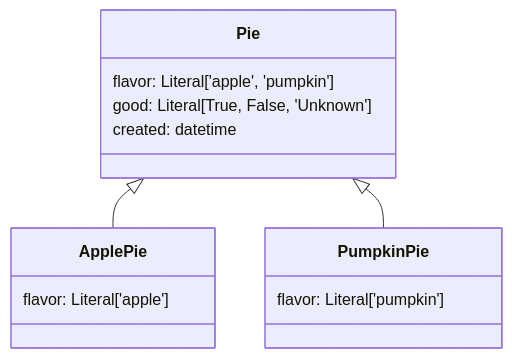
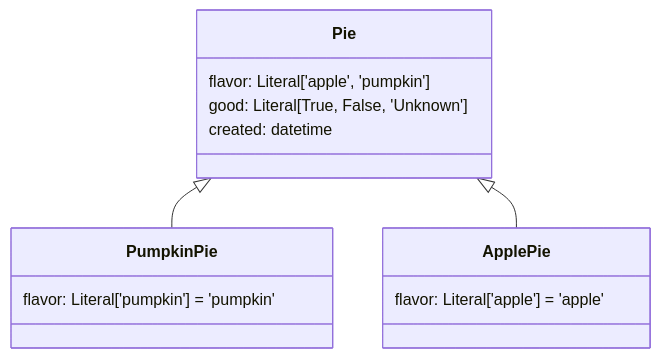
Before and after one commit to EricWebsmith/pydantic-2-mermaid: the diagram in tests/mock/literal_example.md, drawn with Mermaid. The commit also changed 20 other files, not shown here.

````diff
--- a/tests/mock/literal_example.md
+++ b/tests/mock/literal_example.md
@@ -1,20 +1,22 @@
 ```mermaid
 classDiagram
+
     class Pie {
         flavor: Literal['apple', 'pumpkin']
         good: Literal[True, False, 'Unknown']
         created: datetime
     }
 
     class ApplePie {
-        flavor: Literal['apple']
+        flavor: Literal['apple'] = 'apple'
     }
 
     class PumpkinPie {
-        flavor: Literal['pumpkin']
+        flavor: Literal['pumpkin'] = 'pumpkin'
     }
 
 
+    Pie <|-- PumpkinPie
     Pie <|-- ApplePie
-    Pie <|-- PumpkinPie
+
 ```
````
